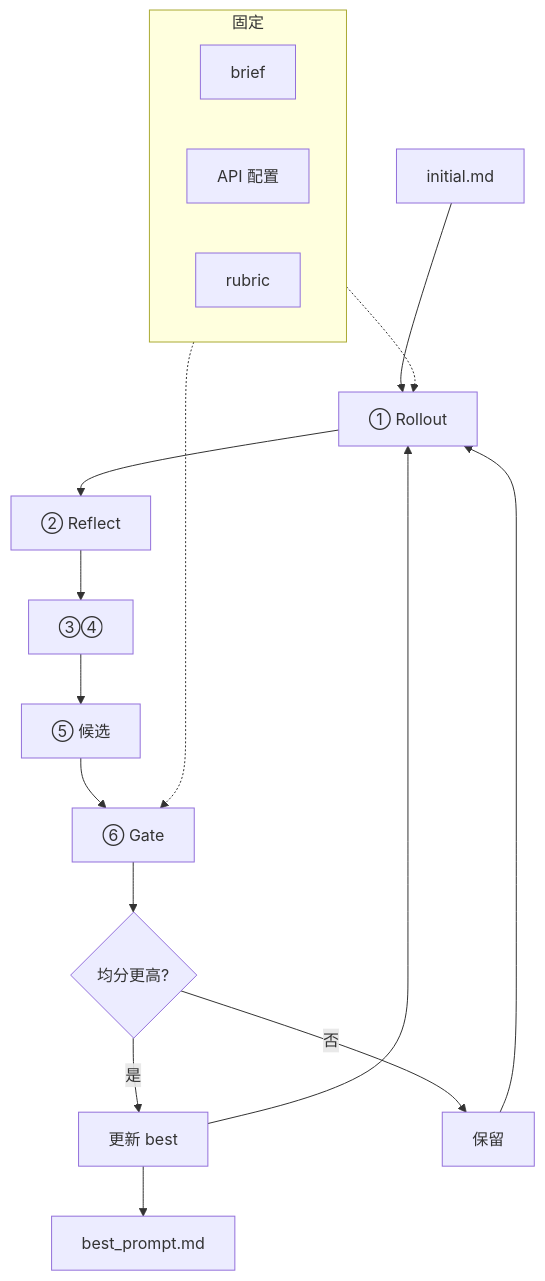
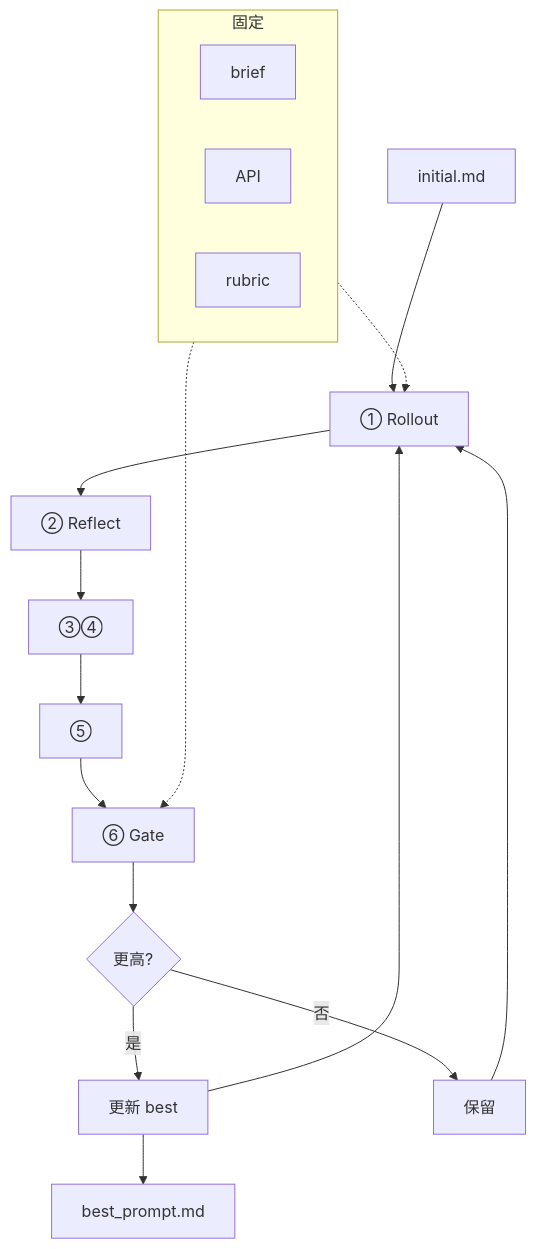
Before and after one commit to kuailefengnan2024/prompt-opt: the diagram in README.md, drawn with Mermaid. The commit also changed other lines of this file and 137 other files, not shown here.

````diff
--- a/README.md
+++ b/README.md
@@ -54,18 +47,18 @@
 ```mermaid
 flowchart TB
     subgraph fixed ["固定"]
         BRIEF["brief"]
-        API["API 配置"]
+        API["API"]
         RUBRIC["rubric"]
     end
     P0["initial.md"] --> R1["① Rollout"]
-    R1 --> R2["② Reflect"] --> R3["③④"] --> R4["⑤ 候选"]
-    R4 --> G1["⑥ Gate"] --> G2{"均分更高?"}
+    R1 --> R2["② Reflect"] --> R3["③④"] --> R4["⑤"]
+    R4 --> G1["⑥ Gate"] --> G2{"更高?"}
     G2 -->|是| OK["更新 best"]
     G2 -->|否| NO["保留"]
     fixed -.-> R1
     fixed -.-> G1
     OK --> R1
     NO --> R1
     OK --> OUT["best_prompt.md"]
 ```
````
